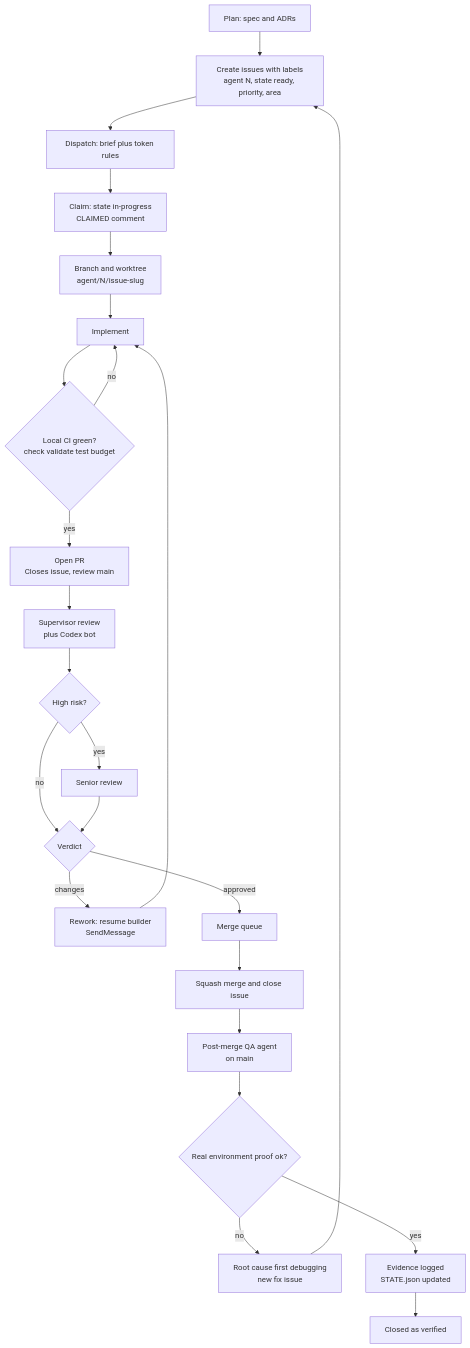
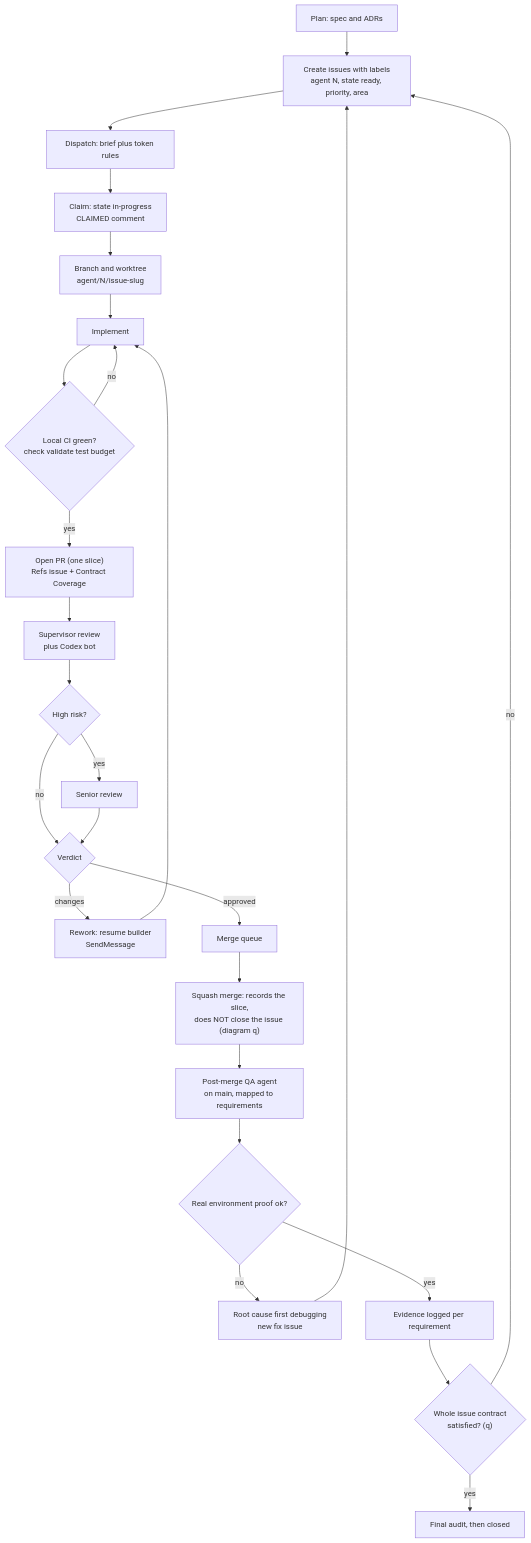
One commit to aliumairdev/relay-workflow changed the second of 18 diagrams in WORKFLOW_DIAGRAMS.md. Above: the diagram before and after it, drawn with Mermaid. The commit also changed other lines of this file and 163 other files, not shown here.

First line of the commit message:
feat: enforce complete issue ownership via an issue contract

````diff
--- a/WORKFLOW_DIAGRAMS.md
+++ b/WORKFLOW_DIAGRAMS.md
@@ -88,26 +89,28 @@
 ```mermaid
 flowchart TD
   P["Plan: spec and ADRs"] --> I["Create issues with labels<br/>agent N, state ready, priority, area"]
   I --> D["Dispatch: brief plus token rules"]
   D --> C["Claim: state in-progress<br/>CLAIMED comment"]
   C --> W["Branch and worktree<br/>agent/N/issue-slug"]
   W --> IMP["Implement"]
   IMP --> LCI{"Local CI green?<br/>check validate test budget"}
   LCI -->|no| IMP
-  LCI -->|yes| PR["Open PR<br/>Closes issue, review main"]
+  LCI -->|yes| PR["Open PR (one slice)<br/>Refs issue + Contract Coverage"]
   PR --> REV["Supervisor review<br/>plus Codex bot"]
   REV --> RISK{"High risk?"}
   RISK -->|yes| SEN["Senior review"]
   RISK -->|no| V
   SEN --> V{"Verdict"}
   V -->|changes| RW["Rework: resume builder<br/>SendMessage"]
   RW --> IMP
   V -->|approved| Q["Merge queue"]
-  Q --> M["Squash merge and close issue"]
-  M --> PM["Post-merge QA agent<br/>on main"]
+  Q --> M["Squash merge: records the slice,<br/>does NOT close the issue (diagram q)"]
+  M --> PM["Post-merge QA agent<br/>on main, mapped to requirements"]
   PM --> RP{"Real environment proof ok?"}
   RP -->|no| RC["Root cause first debugging<br/>new fix issue"]
   RC --> I
-  RP -->|yes| CL["Evidence logged<br/>STATE.json updated"]
-  CL --> DONE["Closed as verified"]
+  RP -->|yes| CL["Evidence logged per requirement"]
+  CL --> GATE{"Whole issue contract<br/>satisfied? (q)"}
+  GATE -->|no| I
+  GATE -->|yes| DONE["Final audit, then closed"]
 ```
````
